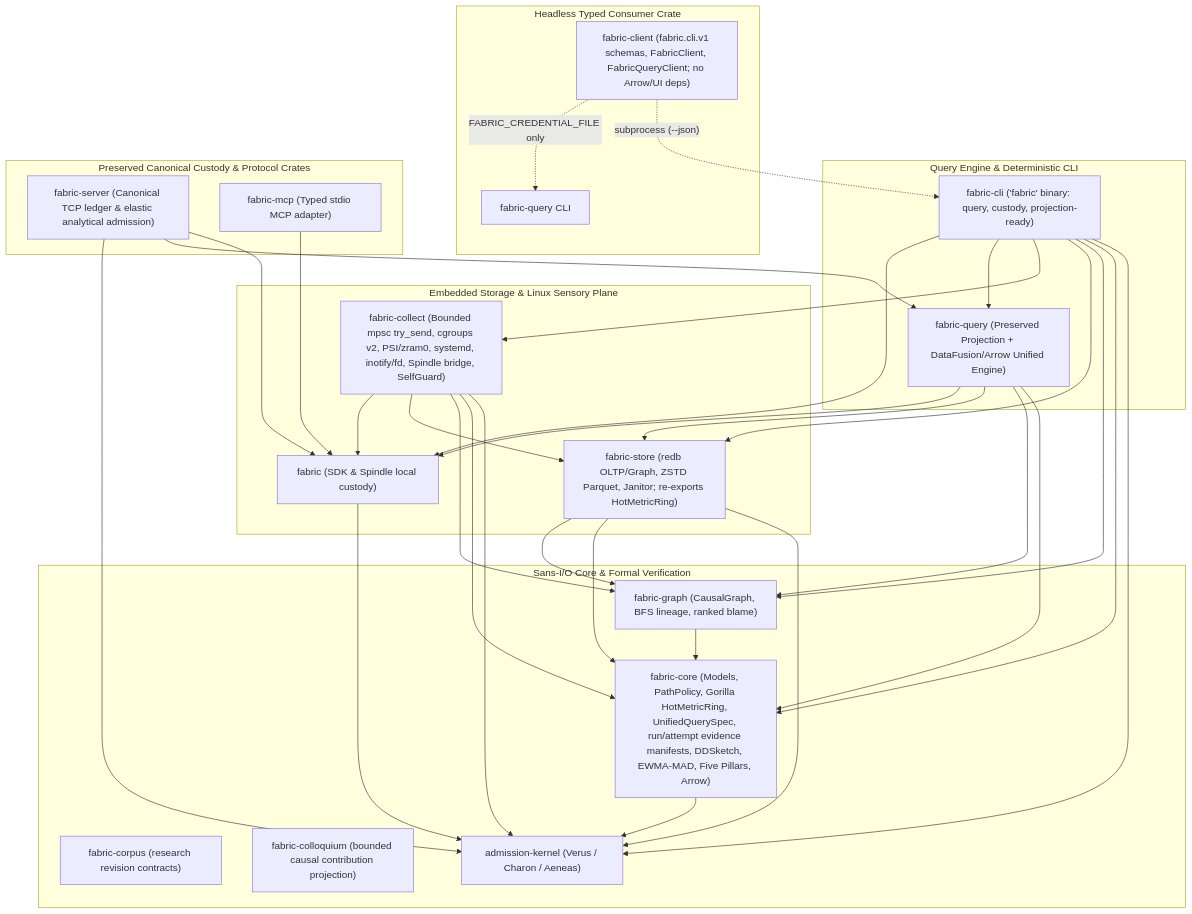
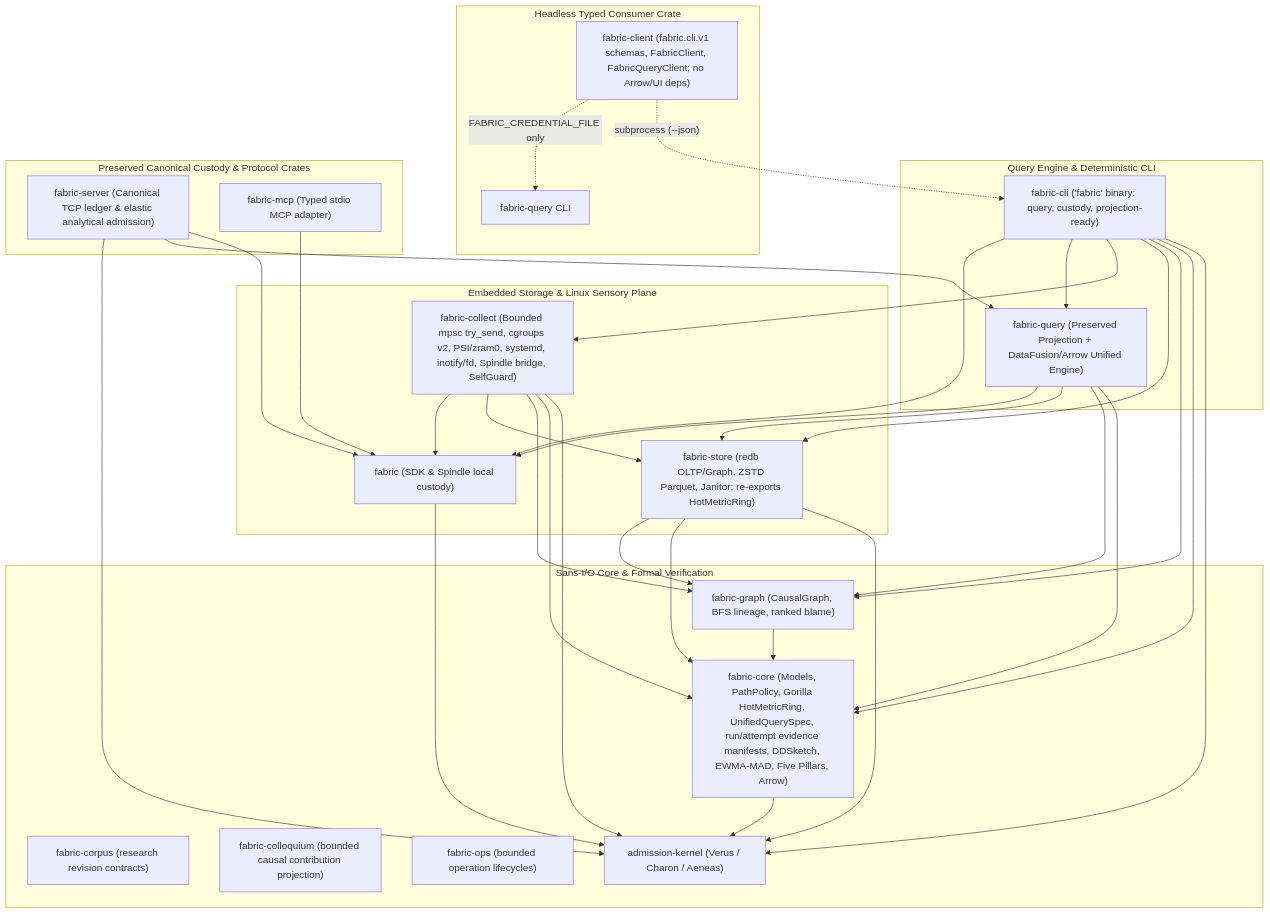
Before and after one commit to kmosoti/FabricO11y: the first of 12 diagrams in docs/architecture.md, drawn with Mermaid. The commit also changed other lines of this file and 7 other files, not shown here.

Commit message:
Define bounded runtime-neutral operation lifecycles

````diff
--- a/docs/architecture.md
+++ b/docs/architecture.md
@@ -9,58 +9,59 @@
 ```mermaid
 flowchart TD
     subgraph SansIO["Sans-I/O Core & Formal Verification"]
         CP["fabric-corpus (research revision contracts)"]
         CC["fabric-colloquium (bounded causal contribution projection)"]
+        OPS["fabric-ops (bounded operation lifecycles)"]
         AK["admission-kernel (Verus / Charon / Aeneas)"]
         FC["fabric-core (Models, PathPolicy, Gorilla HotMetricRing, UnifiedQuerySpec, run/attempt evidence manifests, DDSketch, EWMA-MAD, Five Pillars, Arrow)"]
         FG["fabric-graph (CausalGraph, BFS lineage, ranked blame)"]
         FC --> AK
         FG --> FC
     end
 
     subgraph StorageAndCollection["Embedded Storage & Linux Sensory Plane"]
         FS["fabric-store (redb OLTP/Graph, ZSTD Parquet, Janitor; re-exports HotMetricRing)"]
         COL["fabric-collect (Bounded mpsc try_send, cgroups v2, PSI/zram0, systemd, inotify/fd, Spindle bridge, SelfGuard)"]
         FS --> AK
         FS --> FC
         FS --> FG
         COL --> AK
         COL --> FC
         COL --> FG
         COL --> FS
         COL --> FAB
     end
 
     subgraph QueryAndCLI["Query Engine & Deterministic CLI"]
         FQ["fabric-query (Preserved Projection + DataFusion/Arrow Unified Engine)"]
         CLI["fabric-cli ('fabric' binary: query, custody, projection-ready)"]
         FQ --> FC
         FQ --> FG
         FQ --> FS
         FQ --> FAB
         CLI --> AK
         CLI --> FC
         CLI --> FG
         CLI --> FS
         CLI --> COL
         CLI --> FQ
         CLI --> FAB
     end
 
     subgraph HeadlessClient["Headless Typed Consumer Crate"]
         FCL["fabric-client (fabric.cli.v1 schemas, FabricClient, FabricQueryClient; no Arrow/UI deps)"]
         FCL -. "subprocess (--json)" .-> CLI
         FCL -. "FABRIC_CREDENTIAL_FILE only" .-> FQBIN["fabric-query CLI"]
     end
 
     subgraph PreservedCustody["Preserved Canonical Custody & Protocol Crates"]
         FAB["fabric (SDK & Spindle local custody)"]
         SRV["fabric-server (Canonical TCP ledger & elastic analytical admission)"]
         MCP["fabric-mcp (Typed stdio MCP adapter)"]
         FAB --> AK
         SRV --> FAB
         SRV --> FQ
         SRV --> AK
         MCP --> FAB
     end
 ```
````
